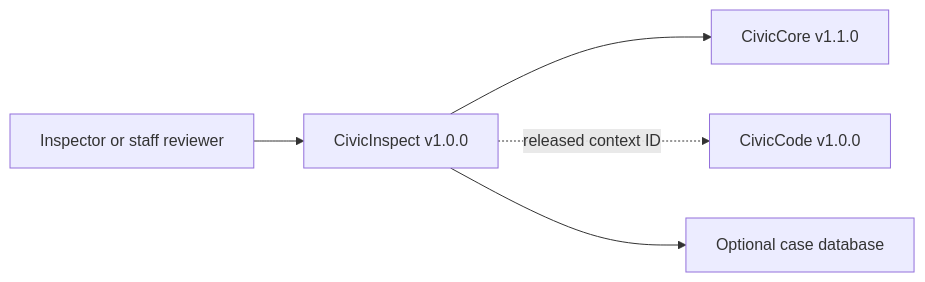
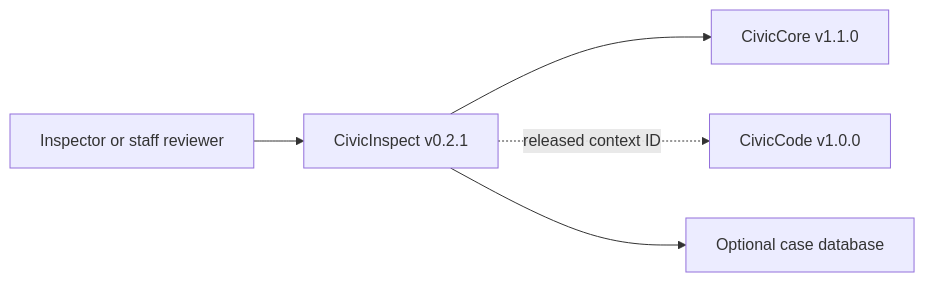
Before and after one commit to CivicSuite/civicinspect: the diagram in USER-MANUAL.md, drawn with Mermaid. The commit also changed other lines of this file and 16 other files, not shown here.

````diff
--- a/USER-MANUAL.md
+++ b/USER-MANUAL.md
@@ -36,7 +36,7 @@
 ```mermaid
 flowchart LR
-  Staff["Inspector or staff reviewer"] --> CivicInspect["CivicInspect v1.0.0"]
+  Staff["Inspector or staff reviewer"] --> CivicInspect["CivicInspect v0.2.1"]
   CivicInspect --> CivicCore["CivicCore v1.1.0"]
   CivicInspect -. released context ID .-> CivicCode["CivicCode v1.0.0"]
   CivicInspect --> DB["Optional case database"]
 ```
````
